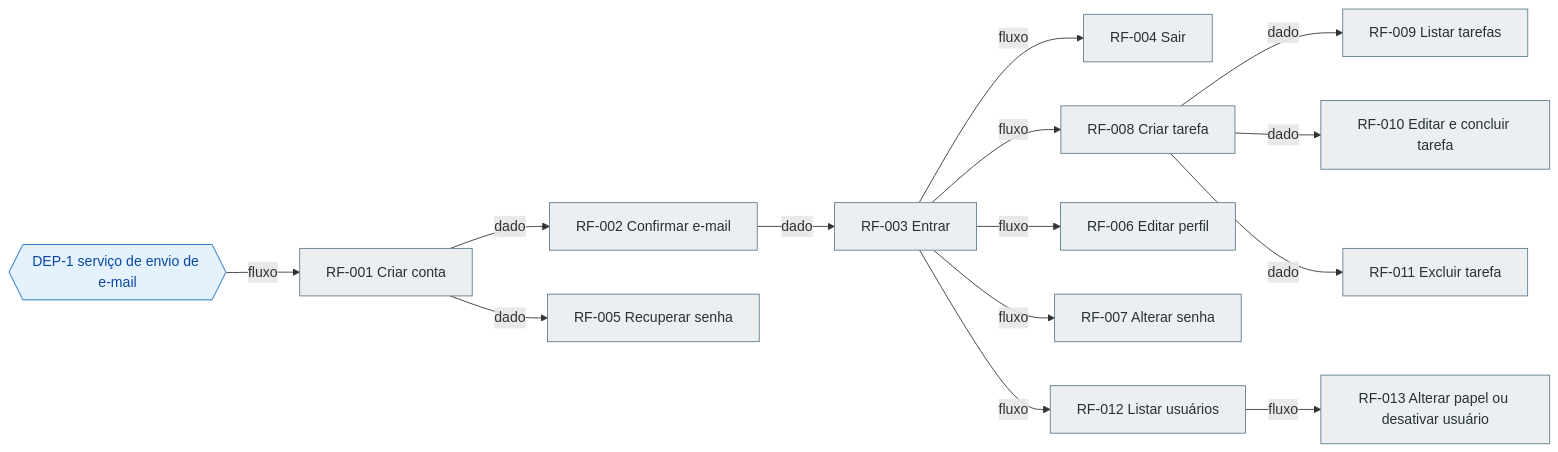
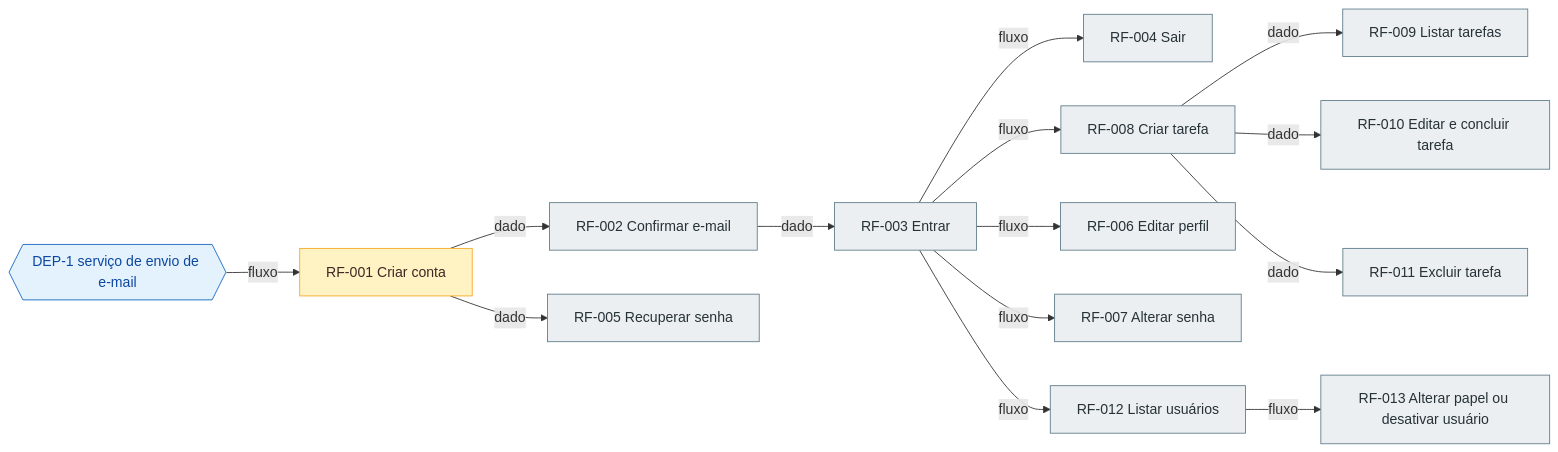
The diagram in docs/product/roadmap.md (maiconsouza89/ai-template-harness-nestj-react-monorepo), drawn with Mermaid before and after one commit. The commit also changed other lines of this file and 3 other files, not shown here.

````diff
--- a/docs/product/roadmap.md
+++ b/docs/product/roadmap.md
@@ -18,35 +18,35 @@
 ```mermaid
 graph LR
   DEP1{{"DEP-1 serviço de envio de e-mail"}}:::externa
-  RF001["RF-001 Criar conta"]:::pendente
+  RF001["RF-001 Criar conta"]:::andamento
   RF002["RF-002 Confirmar e-mail"]:::pendente
   RF005["RF-005 Recuperar senha"]:::pendente
   RF003["RF-003 Entrar"]:::pendente
   RF004["RF-004 Sair"]:::pendente
   RF008["RF-008 Criar tarefa"]:::pendente
   RF006["RF-006 Editar perfil"]:::pendente
   RF007["RF-007 Alterar senha"]:::pendente
   RF012["RF-012 Listar usuários"]:::pendente
   RF009["RF-009 Listar tarefas"]:::pendente
   RF010["RF-010 Editar e concluir tarefa"]:::pendente
   RF011["RF-011 Excluir tarefa"]:::pendente
   RF013["RF-013 Alterar papel ou desativar usuário"]:::pendente
   DEP1 -->|fluxo| RF001
   RF001 -->|dado| RF002
   RF002 -->|dado| RF003
   RF003 -->|fluxo| RF004
   RF001 -->|dado| RF005
   RF003 -->|fluxo| RF006
   RF003 -->|fluxo| RF007
   RF003 -->|fluxo| RF008
   RF008 -->|dado| RF009
   RF008 -->|dado| RF010
   RF008 -->|dado| RF011
   RF003 -->|fluxo| RF012
   RF012 -->|fluxo| RF013
   classDef pendente fill:#eceff1,stroke:#607d8b,color:#263238
   classDef andamento fill:#fff3c4,stroke:#f9a825,color:#3e2723
   classDef feito fill:#2e7d32,stroke:#1b5e20,color:#ffffff
   classDef bloqueado fill:#c62828,stroke:#8e0000,color:#ffffff
   classDef externa fill:#e3f2fd,stroke:#1565c0,color:#0d47a1
 ```
````
